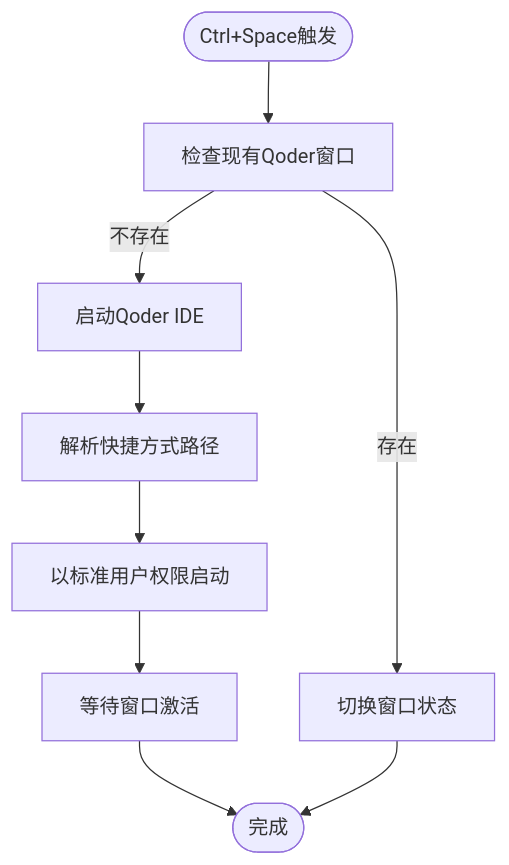
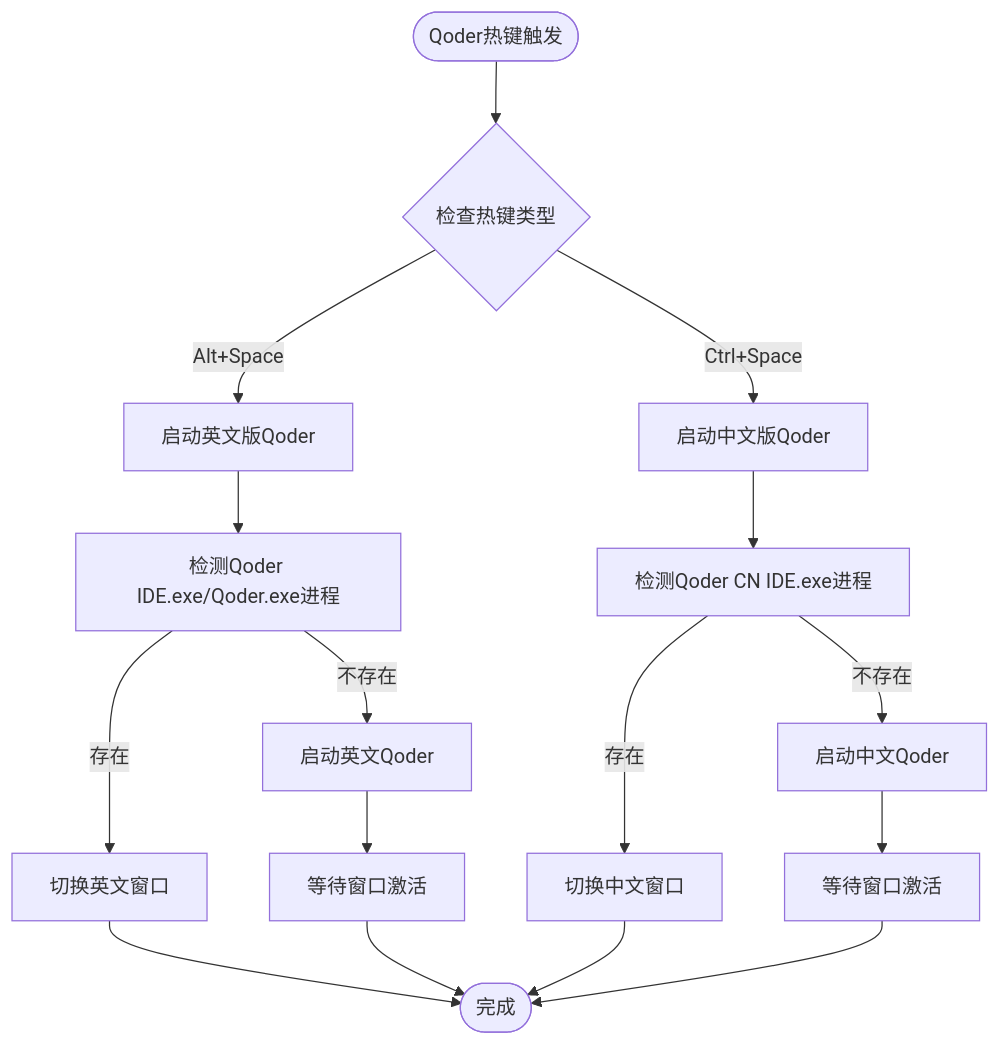
The third of 15 diagrams in .qoder/repowiki/zh/content/核心功能/热键管理系统.md (wangys-123doit/hotkey), drawn with Mermaid before and after one commit. The commit also changed other lines of this file and 4 other files, not shown here.

````diff
--- a/.qoder/repowiki/zh/content/核心功能/热键管理系统.md
+++ b/.qoder/repowiki/zh/content/核心功能/热键管理系统.md
@@ -131,11 +133,18 @@
 ```mermaid
 flowchart TD
-Start(["Ctrl+Space触发"]) --> CheckExisting["检查现有Qoder窗口"]
-CheckExisting --> |存在| ToggleWindow["切换窗口状态"]
-CheckExisting --> |不存在| LaunchQoder["启动Qoder IDE"]
-LaunchQoder --> ResolvePath["解析快捷方式路径"]
-ResolvePath --> LaunchProcess["以标准用户权限启动"]
-LaunchProcess --> WaitActive["等待窗口激活"]
-WaitActive --> End(["完成"])
-ToggleWindow --> End
+Start(["Qoder热键触发"]) --> CheckHotkey{"检查热键类型"}
+CheckHotkey --> |Alt+Space| LaunchEN["启动英文版Qoder"]
+CheckHotkey --> |Ctrl+Space| LaunchCN["启动中文版Qoder"]
+LaunchEN --> DetectProcessEN["检测Qoder IDE.exe/Qoder.exe进程"]
+LaunchCN --> DetectProcessCN["检测Qoder CN IDE.exe进程"]
+DetectProcessEN --> |存在| ToggleWindowEN["切换英文窗口"]
+DetectProcessCN --> |存在| ToggleWindowCN["切换中文窗口"]
+DetectProcessEN --> |不存在| LaunchENProcess["启动英文Qoder"]
+DetectProcessCN --> |不存在| LaunchCNProcess["启动中文Qoder"]
+ToggleWindowEN --> End(["完成"])
+ToggleWindowCN --> End
+LaunchENProcess --> WaitActiveEN["等待窗口激活"]
+LaunchCNProcess --> WaitActiveCN["等待窗口激活"]
+WaitActiveEN --> End
+WaitActiveCN --> End
 ```
````
